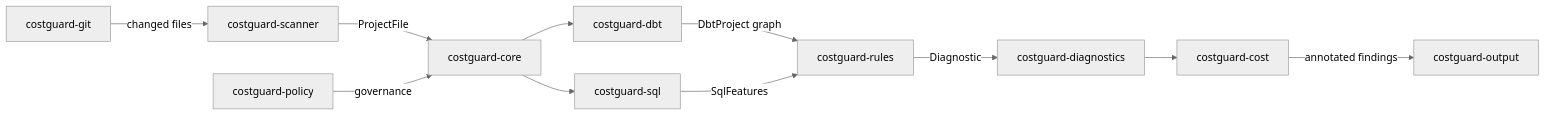
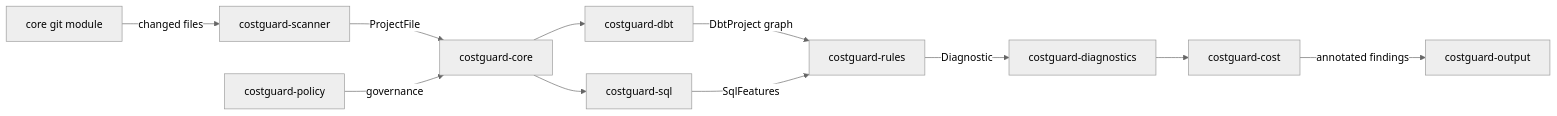
Before and after one commit to hypertrial/costguard: the second of 2 diagrams in docs/book/contributing/architecture.md, drawn with Mermaid (neutral theme). The commit also changed other lines of this file and 51 other files, not shown here.

First line of the commit message:
Fold git and platform into core/sql and prune dead tooling.

````diff
--- a/docs/book/contributing/architecture.md
+++ b/docs/book/contributing/architecture.md
@@ -42,13 +39,13 @@
 ```mermaid
 flowchart LR
-  git[costguard-git] -->|changed files| scanner[costguard-scanner]
+  git[core git module] -->|changed files| scanner[costguard-scanner]
   scanner -->|ProjectFile| core[costguard-core]
   core --> dbt[costguard-dbt]
   core --> sql[costguard-sql]
   dbt -->|DbtProject graph| rules[costguard-rules]
   sql -->|SqlFeatures| rules
   rules -->|Diagnostic| diagnostics[costguard-diagnostics]
   diagnostics --> cost[costguard-cost]
   cost -->|annotated findings| output[costguard-output]
   policy[costguard-policy] -->|governance| core
 ```
````
